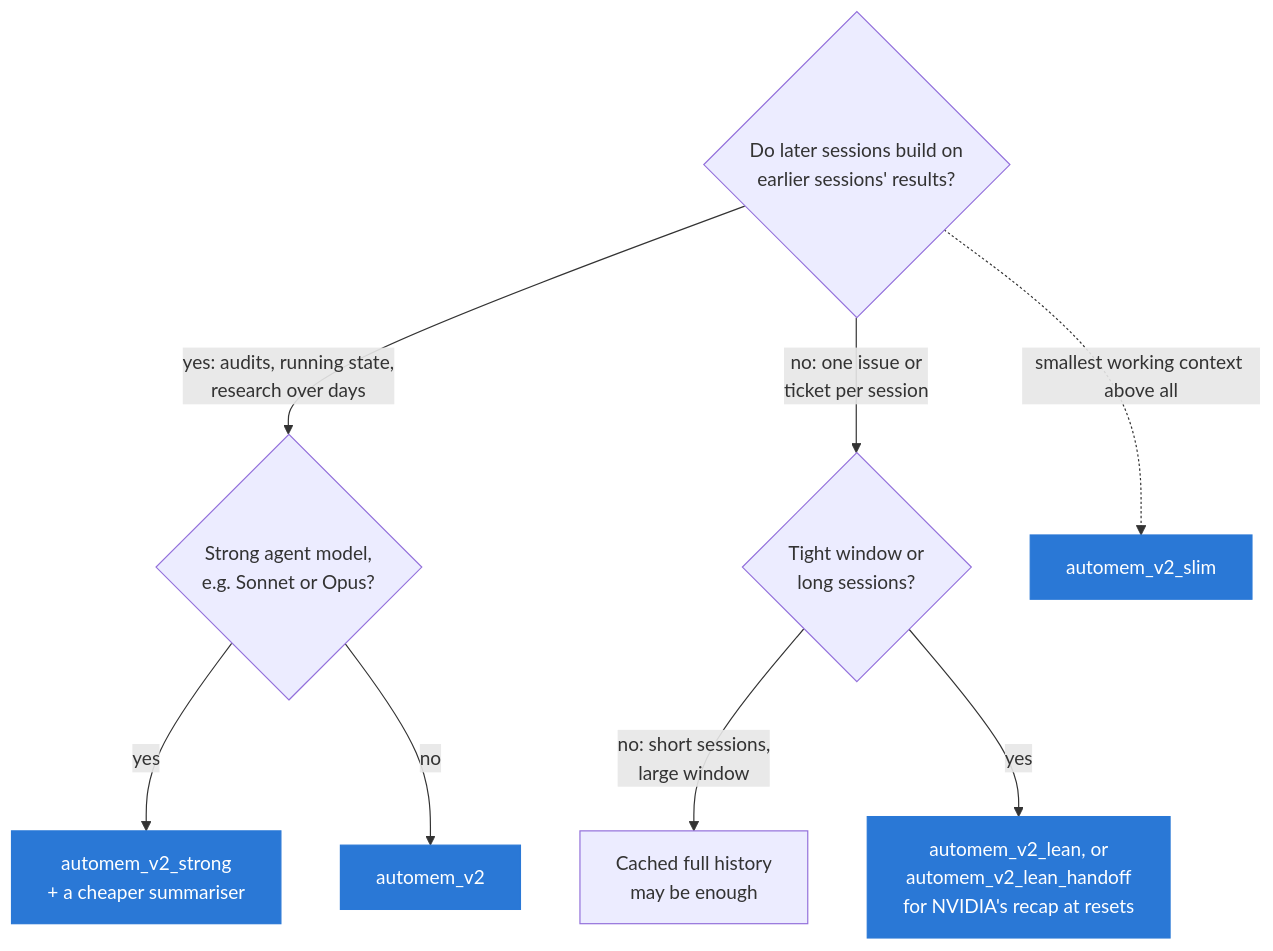
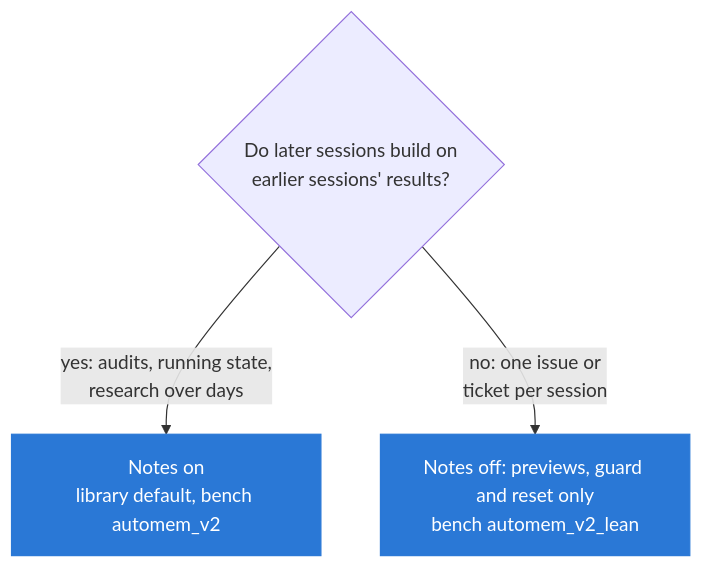
Before and after one commit to GaryTang32/Efficient-Agent-Memory: the second of 3 diagrams in README.md, drawn with Mermaid. The commit also changed other lines of this file and 5 other files, not shown here.

````diff
--- a/README.md
+++ b/README.md
@@ -287,14 +186,8 @@
 ```mermaid
 flowchart TD
     Q1{Do later sessions build on<br/>earlier sessions' results?}
-    Q1 -- "yes: audits, running state,<br/>research over days" --> Q2{Strong agent model,<br/>e.g. Sonnet or Opus?}
-    Q2 -- yes --> P1[automem_v2_strong<br/>+ a cheaper summariser]
-    Q2 -- no --> P2[automem_v2]
-    Q1 -- "no: one issue or<br/>ticket per session" --> Q3{Tight window or<br/>long sessions?}
-    Q3 -- "no: short sessions,<br/>large window" --> P3[Cached full history<br/>may be enough]
-    Q3 -- yes --> P4[automem_v2_lean, or<br/>automem_v2_lean_handoff<br/>for NVIDIA's recap at resets]
-    Q1 -.->|smallest working context above all| P6[automem_v2_slim]
-
+    Q1 -- "yes: audits, running state,<br/>research over days" --> N[Notes on<br/>library default, bench automem_v2]
+    Q1 -- "no: one issue or<br/>ticket per session" --> L[Notes off: previews, guard and reset only<br/>bench automem_v2_lean]
     classDef preset fill:#2a78d6,stroke:#2a78d6,color:#ffffff
-    class P1,P2,P4,P6 preset
+    class N,L preset
 ```
````
